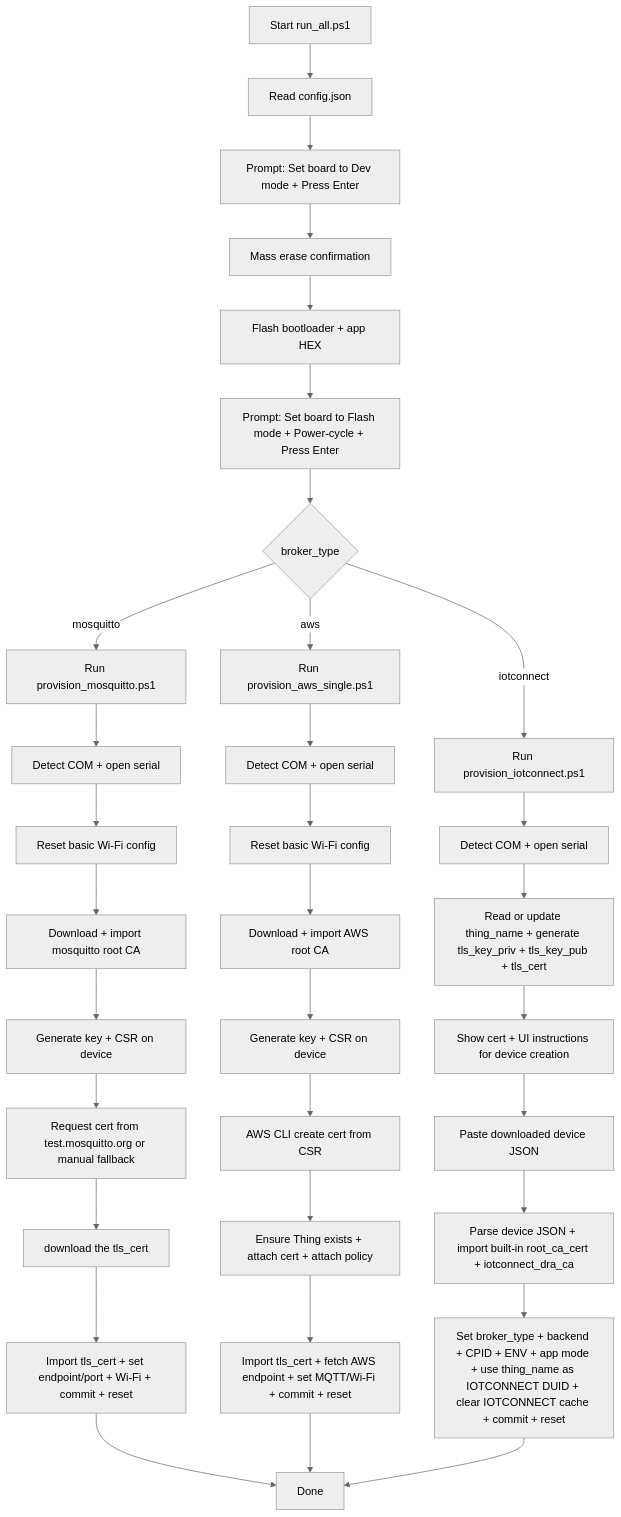
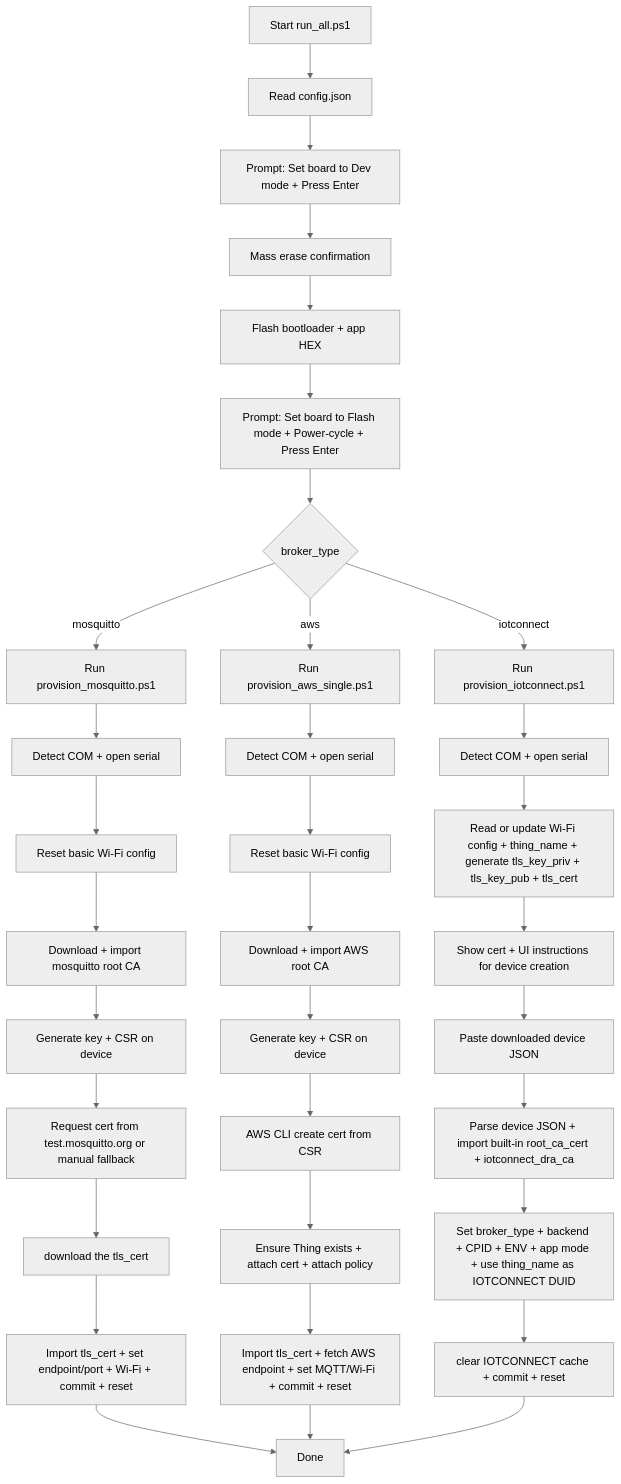
One commit to avnet-iotconnect/stm32n6570_dk_w6x_iot_reference changed the diagram in bin/readme.md. Above: the diagram before and after it, drawn with Mermaid (neutral theme).

Commit message:
Update readme with Wi-Fi config details

````diff
--- a/bin/readme.md
+++ b/bin/readme.md
@@ -61,40 +61,41 @@
 ```mermaid
 flowchart TD
     A[Start run_all.ps1] --> B[Read config.json]
     B --> C[Prompt: Set board to Dev mode + Press Enter]
     C --> D[Mass erase confirmation]
     D --> E[Flash bootloader + app HEX]
     E --> E1[Prompt: Set board to Flash mode + Power-cycle + Press Enter]
     E1 --> F{broker_type}
 
     F -->|mosquitto| G[Run provision_mosquitto.ps1]
     G --> G1[Detect COM + open serial]
     G1 --> G2[Reset basic Wi-Fi config]
     G2 --> G3[Download + import mosquitto root CA]
     G3 --> G4[Generate key + CSR on device]
     G4 --> G5[Request cert from test.mosquitto.org or manual fallback]
     G5 --> G6[download the tls_cert]
     G6 --> G7[Import tls_cert + set endpoint/port + Wi-Fi + commit + reset]
 
     F -->|aws| H[Run provision_aws_single.ps1]
     H --> H1[Detect COM + open serial]
     H1 --> H2[Reset basic Wi-Fi config]
     H2 --> H3[Download + import AWS root CA]
     H3 --> H4[Generate key + CSR on device]
     H4 --> H5[AWS CLI create cert from CSR]
     H5 --> H6[Ensure Thing exists + attach cert + attach policy]
     H6 --> H7[Import tls_cert + fetch AWS endpoint + set MQTT/Wi-Fi + commit + reset]
 
     F -->|iotconnect| I[Run provision_iotconnect.ps1]
     I --> I1[Detect COM + open serial]
-    I1 --> I2[Read or update thing_name + generate tls_key_priv + tls_key_pub + tls_cert]
+    I1 --> I2[Read or update Wi-Fi config + thing_name + generate tls_key_priv + tls_key_pub + tls_cert]
     I2 --> I3[Show cert + UI instructions for device creation]
     I3 --> I4[Paste downloaded device JSON]
     I4 --> I5[Parse device JSON + import built-in root_ca_cert + iotconnect_dra_ca]
-    I5 --> I6[Set broker_type + backend + CPID + ENV + app mode + use thing_name as IOTCONNECT DUID + clear IOTCONNECT cache + commit + reset]
+    I5 --> I6[Set broker_type + backend + CPID + ENV + app mode + use thing_name as IOTCONNECT DUID]
+    I6 --> I7[clear IOTCONNECT cache + commit + reset]
 
 
     G7 --> Z[Done]
     H7 --> Z
-    I6 --> Z
+    I7 --> Z
 ```
````
